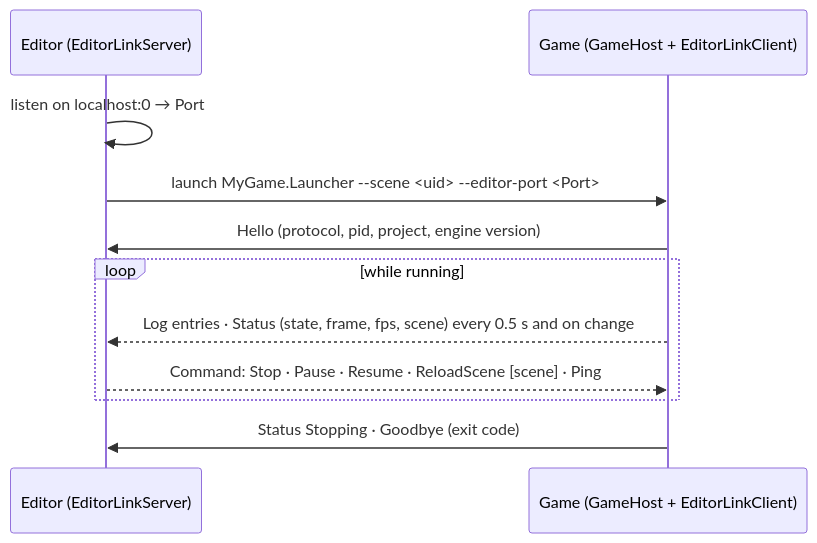
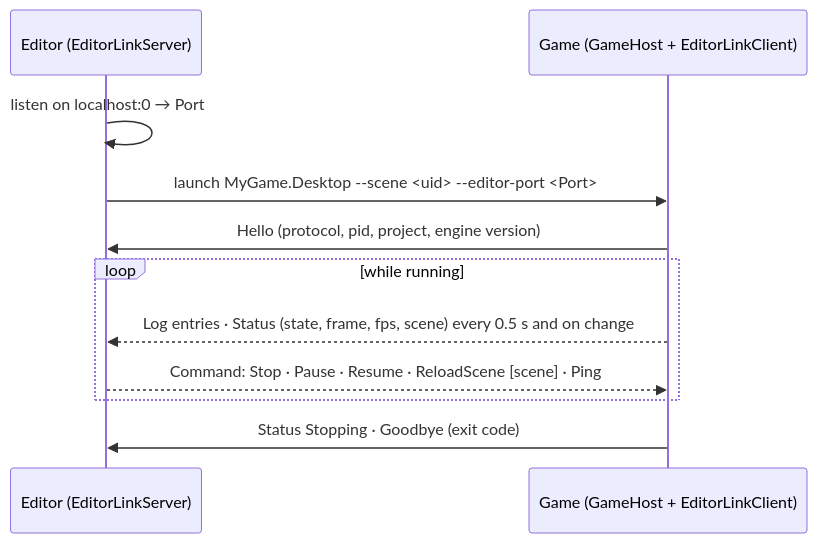
Before and after one commit to Mainframe-Games/mainframe-engine: the diagram in docs/design/project-and-gamehost.md, drawn with Mermaid. The commit also changed other lines of this file and 42 other files, not shown here.

First line of the commit message:
Templates & Demo: rename the Launcher project to Desktop (MyGame.Desktop, Demo.Desktop) (#17)

````diff
--- a/docs/design/project-and-gamehost.md
+++ b/docs/design/project-and-gamehost.md
@@ -188,13 +192,13 @@
 ```mermaid
 sequenceDiagram
     participant E as Editor (EditorLinkServer)
     participant G as Game (GameHost + EditorLinkClient)
     E->>E: listen on localhost:0 → Port
-    E->>G: launch MyGame.Launcher --scene <uid> --editor-port <Port>
+    E->>G: launch MyGame.Desktop --scene <uid> --editor-port <Port>
     G->>E: Hello (protocol, pid, project, engine version)
     loop while running
         G-->>E: Log entries · Status (state, frame, fps, scene) every 0.5 s and on change
         E-->>G: Command: Stop · Pause · Resume · ReloadScene [scene] · Ping
     end
     G->>E: Status Stopping · Goodbye (exit code)
 ```
````
